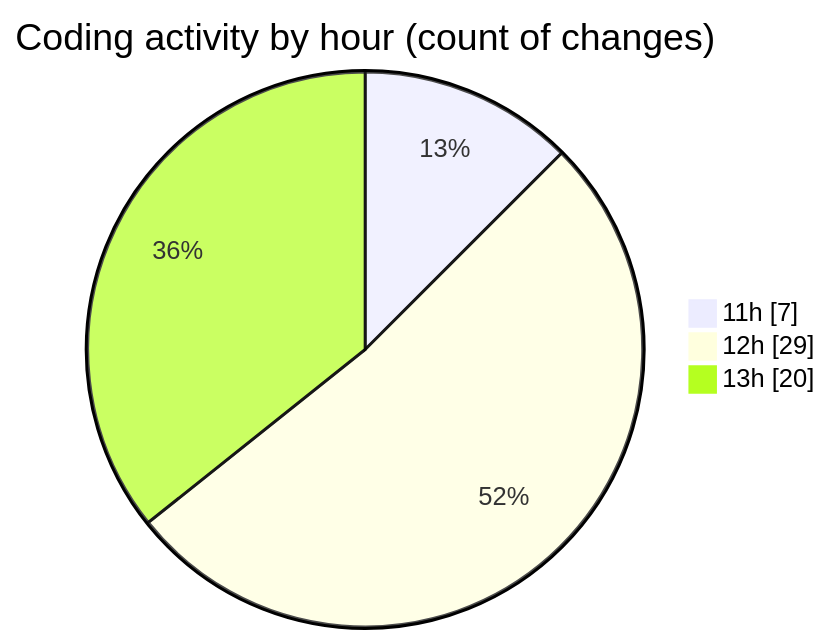
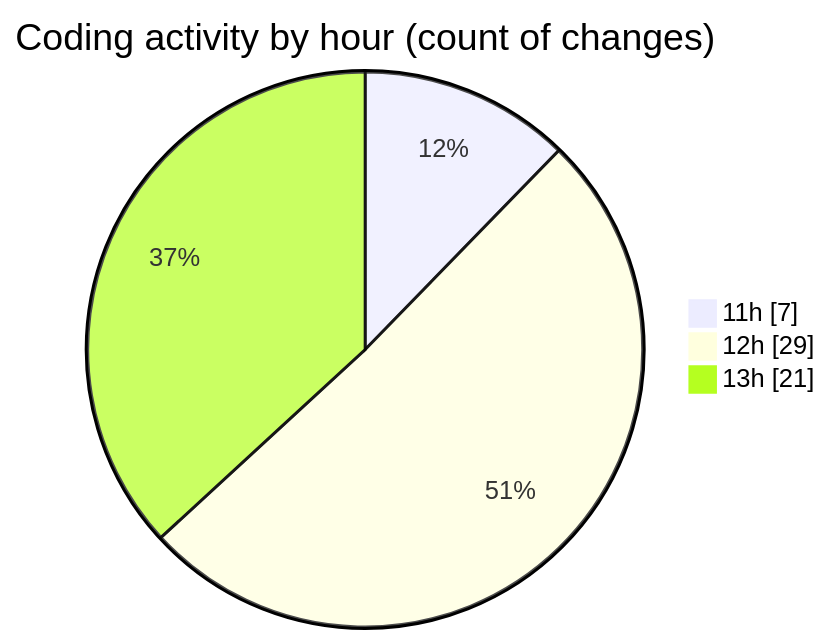
Before and after one commit to LanceThiago/code-tracking: the second of 2 diagrams in 2025-01-08/nueva_carpeta/README.md, drawn with Mermaid. The commit also changed other lines of this file and 1 other file, not shown here.

````diff
--- a/2025-01-08/nueva_carpeta/README.md
+++ b/2025-01-08/nueva_carpeta/README.md
@@ -28,7 +28,7 @@
 ```mermaid
 pie showData
 title Coding activity by hour (count of changes)
 "11h" : 7
 "12h" : 29
-"13h" : 20
+"13h" : 21
 ```
````
